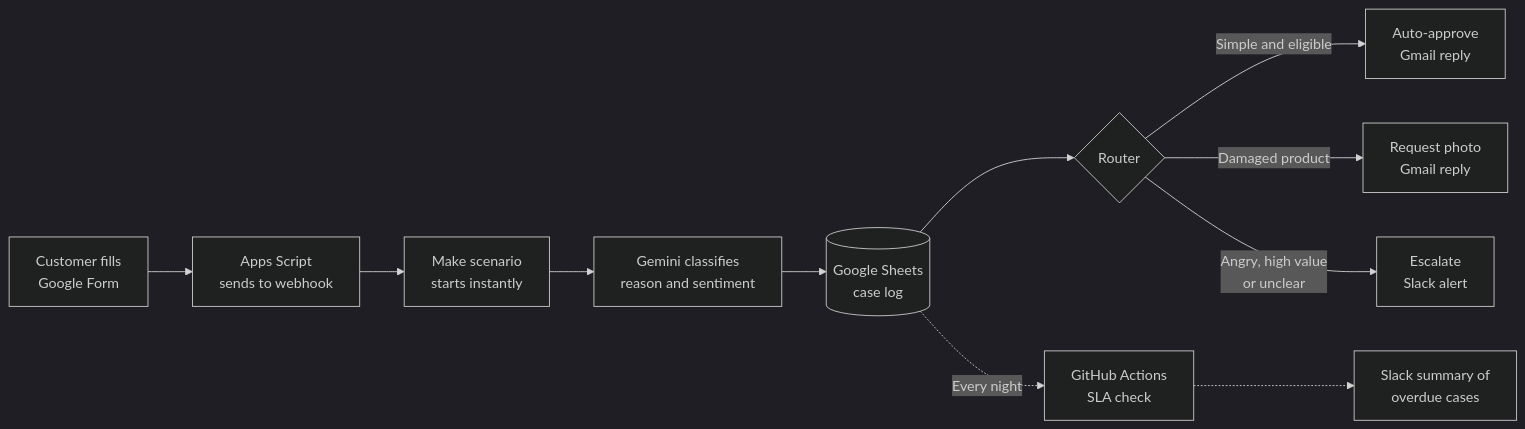
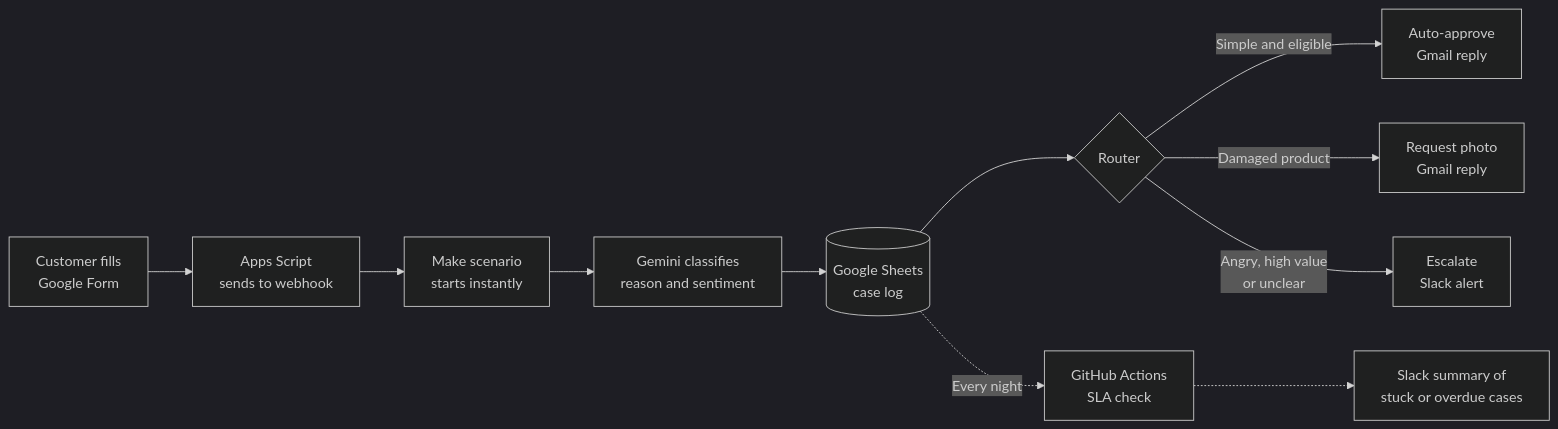
One commit to ShadiShirinbeik/beauty-returns-triage-agent changed the diagram in README.md. Above: the diagram before and after it, drawn with Mermaid (dark theme). The commit also changed other lines of this file and 4 other files, not shown here.

````diff
--- a/README.md
+++ b/README.md
@@ -11,13 +13,13 @@
 ```mermaid
 flowchart LR
     A[Customer fills<br>Google Form] --> W[Apps Script<br>sends to webhook]
     W --> B[Make scenario<br>starts instantly]
     B --> C[Gemini classifies<br>reason and sentiment]
     C --> H[(Google Sheets<br>case log)]
     H --> D{Router}
     D -->|Simple and eligible| E[Auto-approve<br>Gmail reply]
     D -->|Damaged product| F[Request photo<br>Gmail reply]
     D -->|Angry, high value<br>or unclear| G[Escalate<br>Slack alert]
     H -.->|Every night| I[GitHub Actions<br>SLA check]
-    I -.-> J[Slack summary of<br>overdue cases]
+    I -.-> J[Slack summary of<br>stuck or overdue cases]
 ```
````
